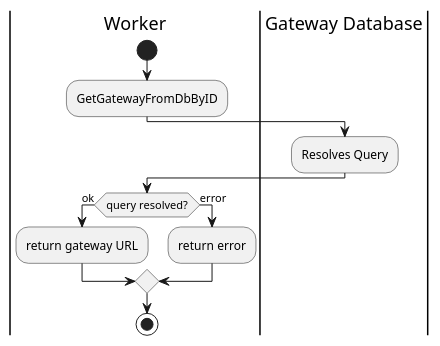
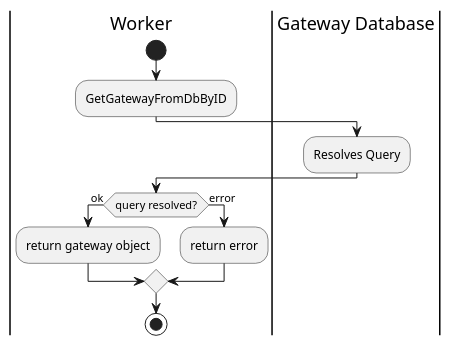
Before and after one commit to CameronWard301/communication_scheduler: the diagram in Designs/Activity Diagrams/GetGatewayActivity.puml, drawn with PlantUML. The commit also changed 23 other files, not shown here.

```diff
--- a/Designs/Activity Diagrams/GetGatewayActivity.puml
+++ b/Designs/Activity Diagrams/GetGatewayActivity.puml
@@ -1,19 +1,19 @@
 @startuml GetGatewayActivity;
 |Worker|
 
 start
 
 :GetGatewayFromDbByID;
 
 |Gateway Database|
 :Resolves Query;
 
 |Worker|
 if (query resolved?) is (ok) then
-:return gateway URL;
+:return gateway object;
 else (error)
 :return error;
 endif
 
 stop
 @enduml
```
